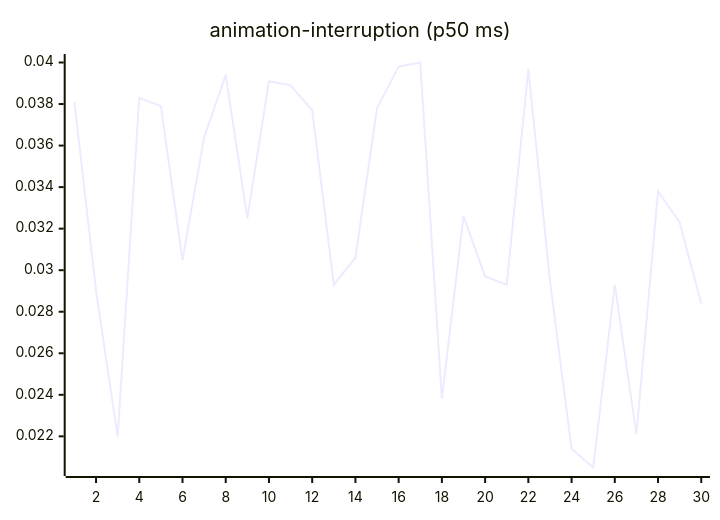
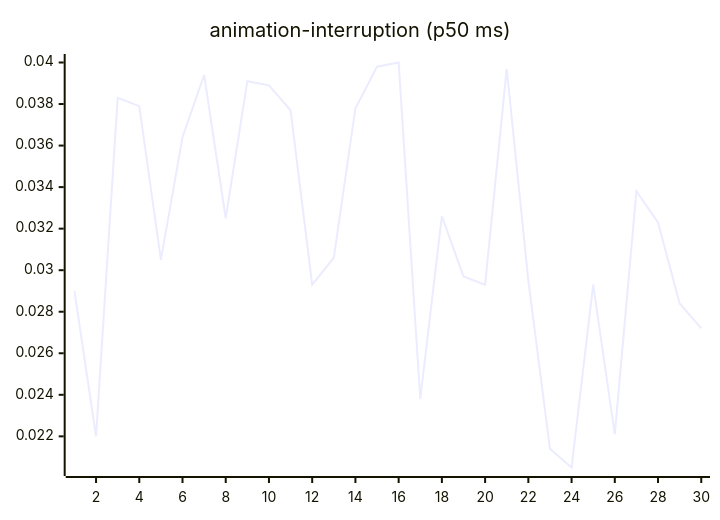
One commit to josha/Facet changed the third of 27 diagrams in README.md. Above: the diagram before and after it, drawn with Mermaid. The commit also changed other lines of this file and 2 other files, not shown here.

````diff
--- a/README.md
+++ b/README.md
@@ -77,6 +77,6 @@
 ```mermaid
 xychart-beta
     title "animation-interruption (p50 ms)"
     x-axis 1 --> 30
-    line [0.0381, 0.0290, 0.0220, 0.0383, 0.0379, 0.0305, 0.0364, 0.0394, 0.0325, 0.0391, 0.0389, 0.0377, 0.0293, 0.0306, 0.0378, 0.0398, 0.0400, 0.0238, 0.0326, 0.0297, 0.0293, 0.0397, 0.0295, 0.0214, 0.0205, 0.0293, 0.0221, 0.0338, 0.0323, 0.0284]
+    line [0.0290, 0.0220, 0.0383, 0.0379, 0.0305, 0.0364, 0.0394, 0.0325, 0.0391, 0.0389, 0.0377, 0.0293, 0.0306, 0.0378, 0.0398, 0.0400, 0.0238, 0.0326, 0.0297, 0.0293, 0.0397, 0.0295, 0.0214, 0.0205, 0.0293, 0.0221, 0.0338, 0.0323, 0.0284, 0.0272]
 ```
````
